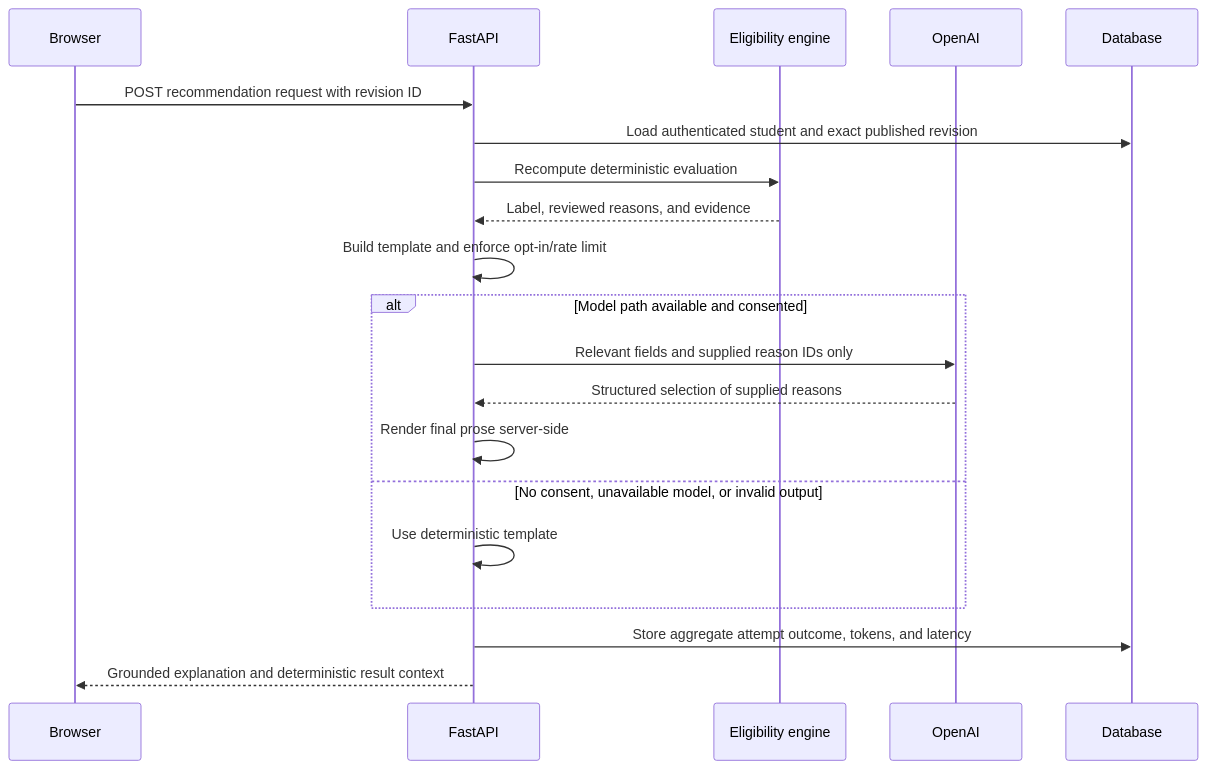
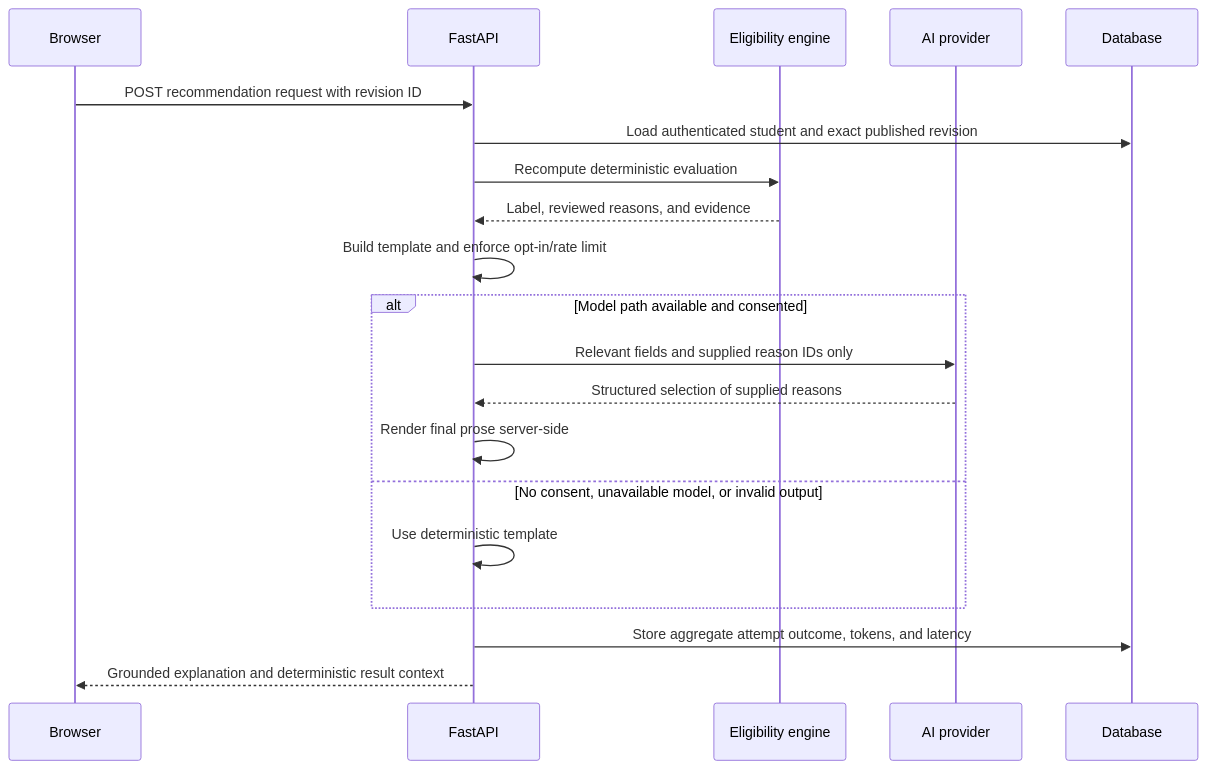
Before and after one commit to ajiang05/Pathaid: the fourth of 8 diagrams in docs/ARCHITECTURE.md, drawn with Mermaid. The commit also changed other lines of this file and 19 other files, not shown here.

````diff
--- a/docs/ARCHITECTURE.md
+++ b/docs/ARCHITECTURE.md
@@ -279,23 +279,23 @@
 ```mermaid
 sequenceDiagram
     participant B as Browser
     participant A as FastAPI
     participant E as Eligibility engine
-    participant O as OpenAI
+    participant O as AI provider
     participant D as Database
 
     B->>A: POST recommendation request with revision ID
     A->>D: Load authenticated student and exact published revision
     A->>E: Recompute deterministic evaluation
     E-->>A: Label, reviewed reasons, and evidence
     A->>A: Build template and enforce opt-in/rate limit
     alt Model path available and consented
         A->>O: Relevant fields and supplied reason IDs only
         O-->>A: Structured selection of supplied reasons
         A->>A: Render final prose server-side
     else No consent, unavailable model, or invalid output
         A->>A: Use deterministic template
     end
     A->>D: Store aggregate attempt outcome, tokens, and latency
     A-->>B: Grounded explanation and deterministic result context
 ```
````
